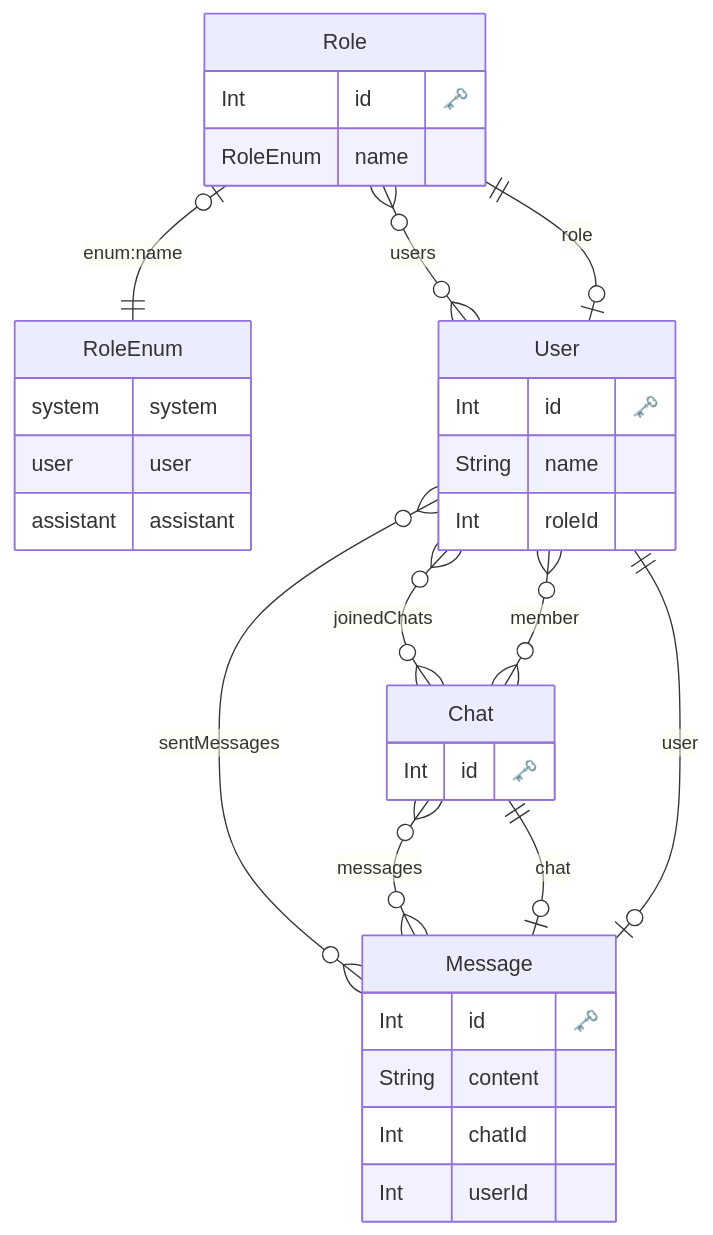
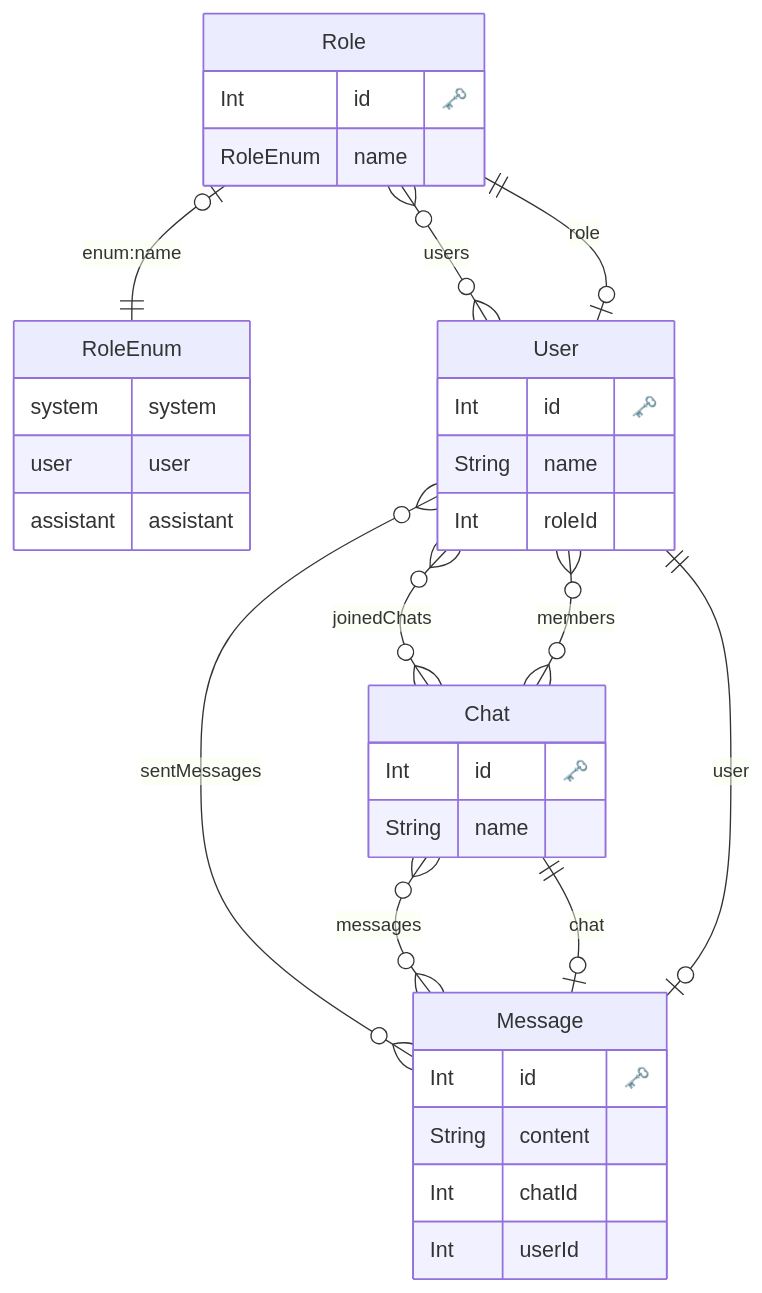
The diagram in docs/er_detail.md (kazeusagi/chat-app-backend), drawn with Mermaid before and after one commit. The commit also changed 22 other files, not shown here.

````diff
--- a/docs/er_detail.md
+++ b/docs/er_detail.md
@@ -1,44 +1,45 @@
 ```mermaid
 erDiagram
 
         RoleEnum {
             system system
 user user
 assistant assistant
         }
     
   "Role" {
     Int id "🗝️"
     RoleEnum name 
     }
   
 
   "User" {
     Int id "🗝️"
     String name 
     Int roleId 
     }
   
 
   "Message" {
     Int id "🗝️"
     String content 
     Int chatId 
     Int userId 
     }
   
 
   "Chat" {
     Int id "🗝️"
+    String name 
     }
   
     "Role" o|--|| "RoleEnum" : "enum:name"
     "Role" o{--}o "User" : "users"
     "User" o|--|| "Role" : "role"
     "User" o{--}o "Chat" : "joinedChats"
     "User" o{--}o "Message" : "sentMessages"
     "Message" o|--|| "Chat" : "chat"
     "Message" o|--|| "User" : "user"
-    "Chat" o{--}o "User" : "member"
+    "Chat" o{--}o "User" : "members"
     "Chat" o{--}o "Message" : "messages"
 ```
````
